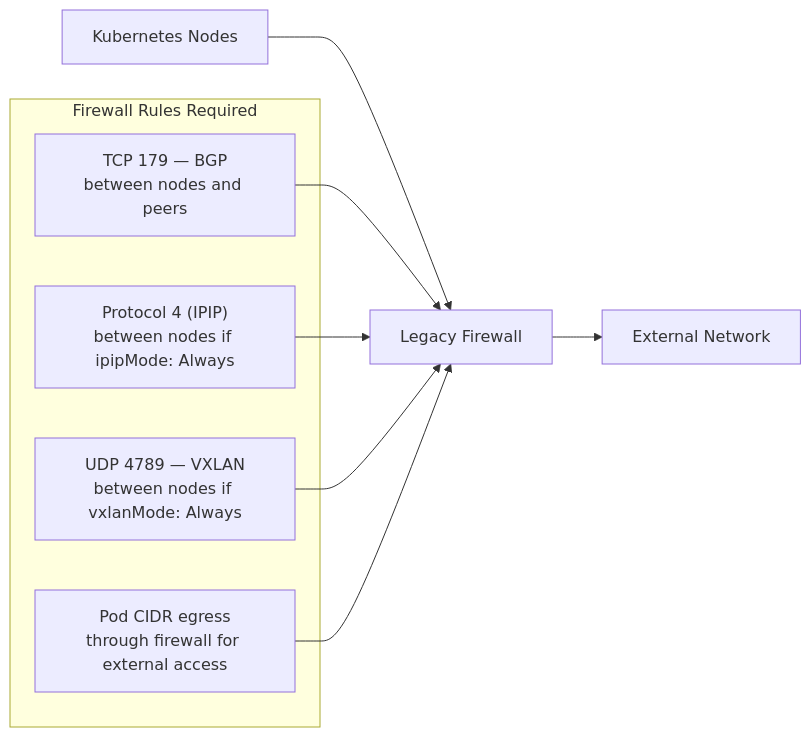
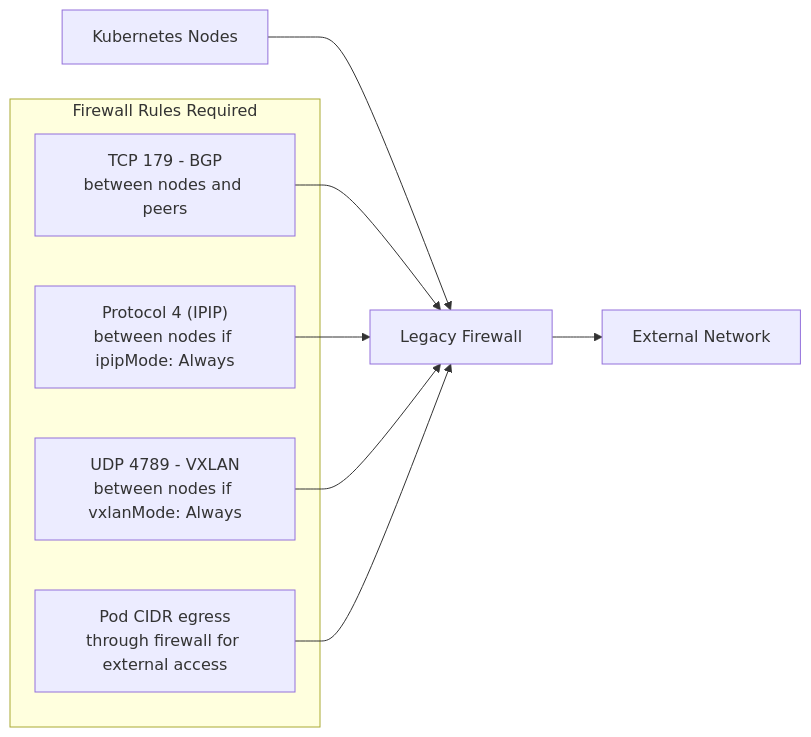
Before and after one commit to OneUptime/blog: the diagram in posts/2026-03-13-validate-legacy-firewalls-calico-ipam/README.md, drawn with Mermaid. The commit also changed other lines of this file and 4409 other files, not shown here.

````diff
--- a/posts/2026-03-13-validate-legacy-firewalls-calico-ipam/README.md
+++ b/posts/2026-03-13-validate-legacy-firewalls-calico-ipam/README.md
@@ -114,15 +114,15 @@
 ```mermaid
 flowchart LR
     subgraph "Firewall Rules Required"
-        R1["TCP 179 — BGP\nbetween nodes and peers"]
+        R1["TCP 179 - BGP\nbetween nodes and peers"]
         R2["Protocol 4 (IPIP)\nbetween nodes if ipipMode: Always"]
-        R3["UDP 4789 — VXLAN\nbetween nodes if vxlanMode: Always"]
+        R3["UDP 4789 - VXLAN\nbetween nodes if vxlanMode: Always"]
         R4["Pod CIDR egress\nthrough firewall for external access"]
     end
     NODES[Kubernetes Nodes] --> FW[Legacy Firewall]
     FW --> EXTERNAL[External Network]
     R1 --> FW
     R2 --> FW
     R3 --> FW
     R4 --> FW
 ```
````
